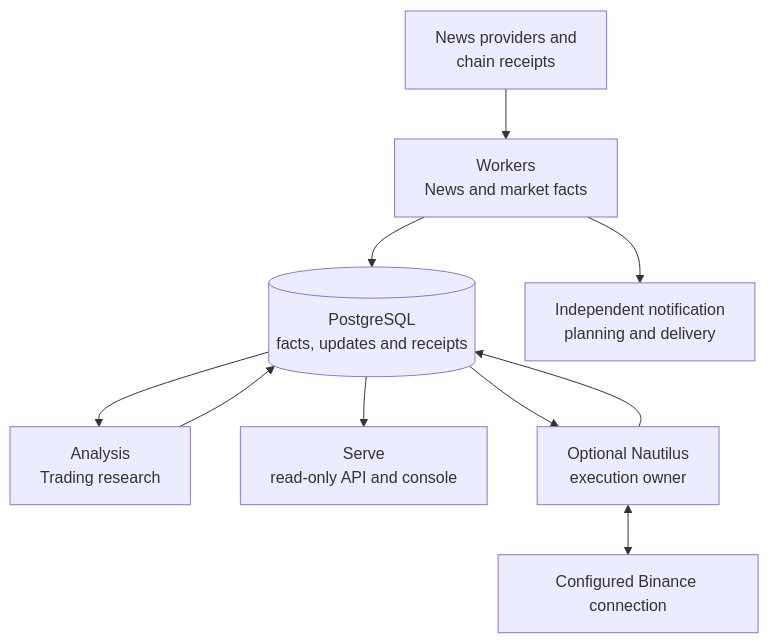
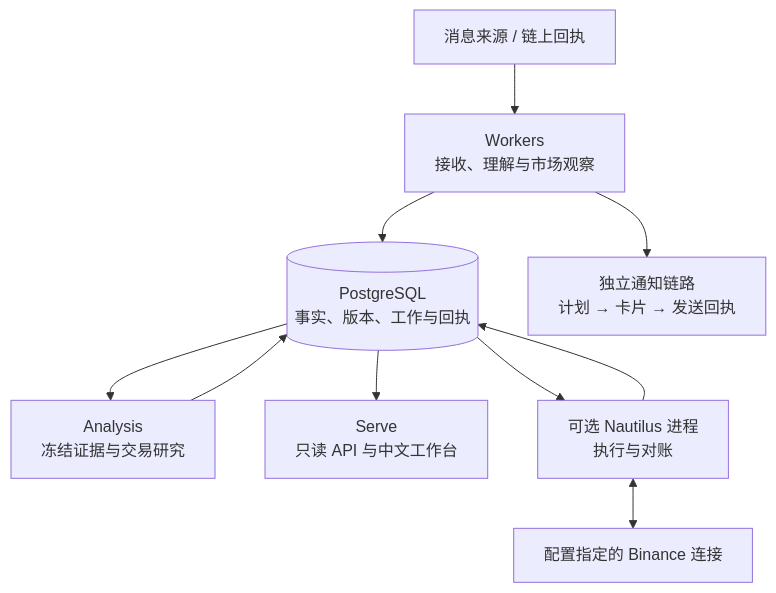
Before and after one commit to AnalyThothAI/tracefold: the diagram in README.md, drawn with Mermaid. The commit also changed other lines of this file and 28 other files, not shown here.

Commit message:
docs: rebuild the Chinese architecture and module handbook

````diff
--- a/README.md
+++ b/README.md
@@ -27,12 +33,12 @@
 ```mermaid
 flowchart TB
-    Inputs["News providers and<br/>chain receipts"] --> News["Workers<br/>News and market facts"]
-    News --> Facts[("PostgreSQL<br/>facts, updates and receipts")]
-    News --> Reader["Independent notification<br/>planning and delivery"]
-    Facts --> Analysis["Analysis<br/>Trading research"]
+    Sources["消息来源 / 链上回执"] --> Workers["Workers<br/>接收、理解与市场观察"]
+    Workers --> Facts[("PostgreSQL<br/>事实、版本、工作与回执")]
+    Workers --> Notify["独立通知链路<br/>计划 → 卡片 → 发送回执"]
+    Facts --> Analysis["Analysis<br/>冻结证据与交易研究"]
     Analysis --> Facts
-    Facts --> Serve["Serve<br/>read-only API and console"]
-    Facts --> Runtime["Optional Nautilus<br/>execution owner"]
-    Runtime <--> Venue["Configured Binance connection"]
-    Runtime --> Facts
+    Facts --> Serve["Serve<br/>只读 API 与中文工作台"]
+    Facts --> Execution["可选 Nautilus 进程<br/>执行与对账"]
+    Execution <--> Venue["配置指定的 Binance 连接"]
+    Execution --> Facts
 ```
````
